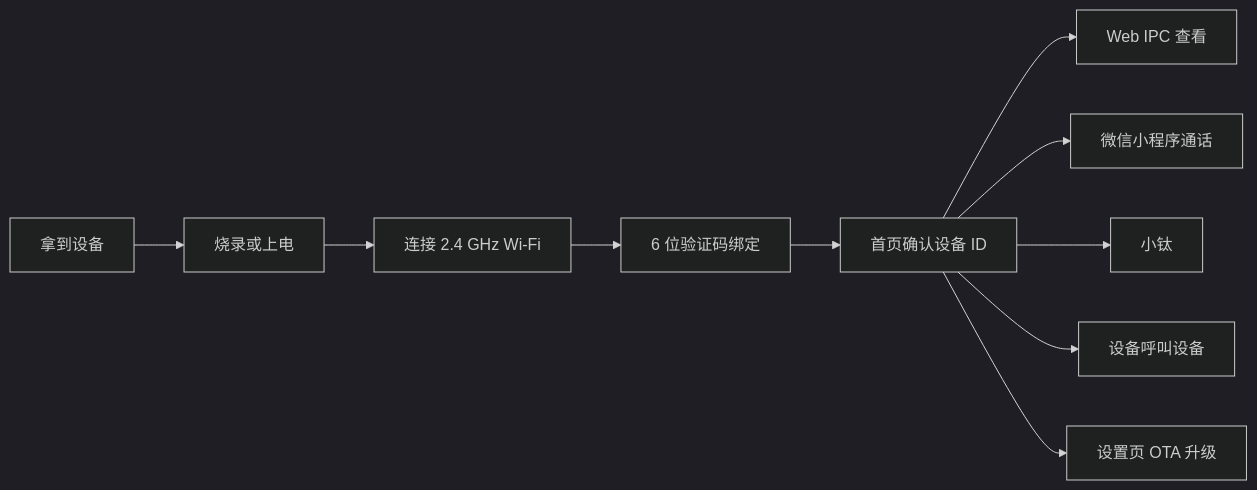
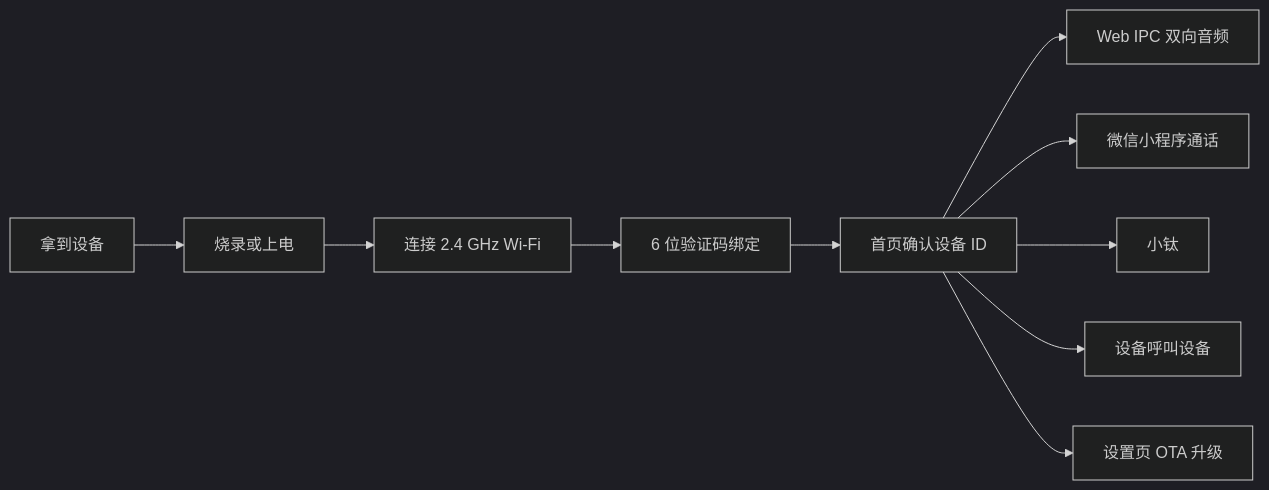
The first of 2 diagrams in complete-applications/esp32-s3/device-monitor/docs/USER_EXPERIENCE_FLOW_CN.md (tangeai/tirtc-device-example), drawn with Mermaid (dark theme) before and after one commit. The commit also changed other lines of this file and 21 other files, not shown here.

````diff
--- a/complete-applications/esp32-s3/device-monitor/docs/USER_EXPERIENCE_FLOW_CN.md
+++ b/complete-applications/esp32-s3/device-monitor/docs/USER_EXPERIENCE_FLOW_CN.md
@@ -11,12 +11,12 @@
 ```mermaid
 flowchart LR
     A["拿到设备"] --> B["烧录或上电"]
     B --> C["连接 2.4 GHz Wi-Fi"]
     C --> D["6 位验证码绑定"]
     D --> E["首页确认设备 ID"]
-    E --> F["Web IPC 查看"]
+    E --> F["Web IPC 双向音频"]
     E --> G["微信小程序通话"]
     E --> H["小钛"]
     E --> I["设备呼叫设备"]
     E --> J["设置页 OTA 升级"]
 ```
````
